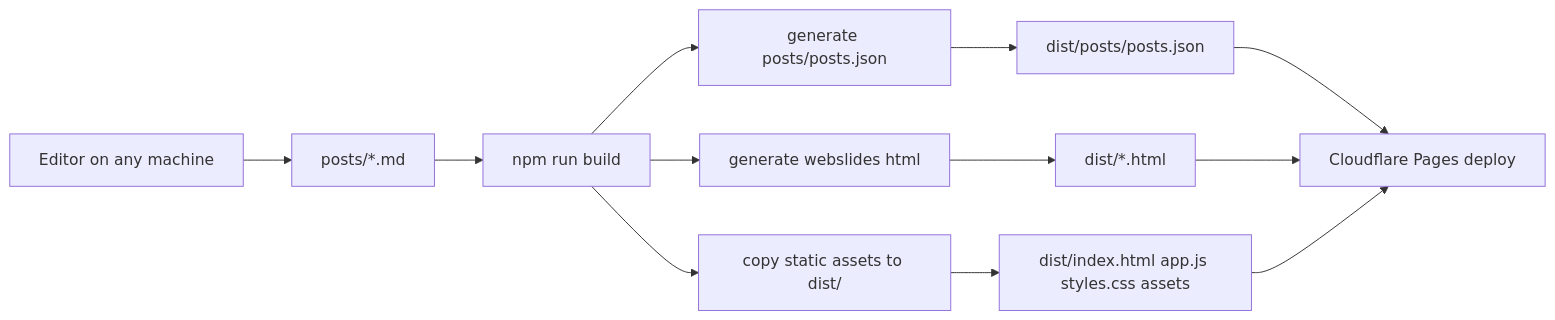
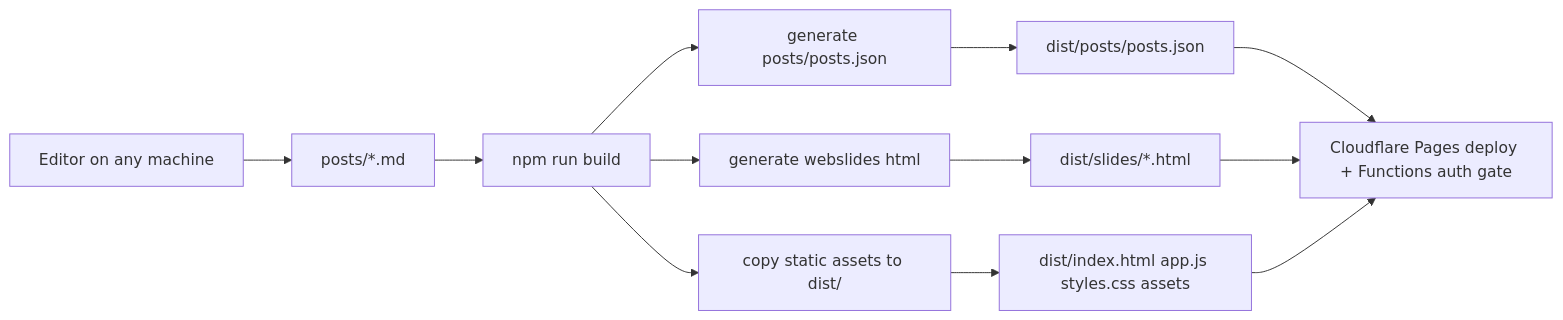
One commit to dony-hu/jerry-notes changed the diagram in docs/DESIGN.md. Above: the diagram before and after it, drawn with Mermaid. The commit also changed other lines of this file and 19 other files, not shown here.

````diff
--- a/docs/DESIGN.md
+++ b/docs/DESIGN.md
@@ -13,14 +13,14 @@
 ```mermaid
 flowchart LR
   A["Editor on any machine"] --> B["posts/*.md"]
   B --> C["npm run build"]
   C --> D["generate posts/posts.json"]
   C --> E["generate webslides html"]
   C --> F["copy static assets to dist/"]
   D --> G["dist/posts/posts.json"]
-  E --> H["dist/*.html"]
+  E --> H["dist/slides/*.html"]
   F --> I["dist/index.html app.js styles.css assets"]
-  G --> J["Cloudflare Pages deploy"]
+  G --> J["Cloudflare Pages deploy + Functions auth gate"]
   H --> J
   I --> J
 ```
````
